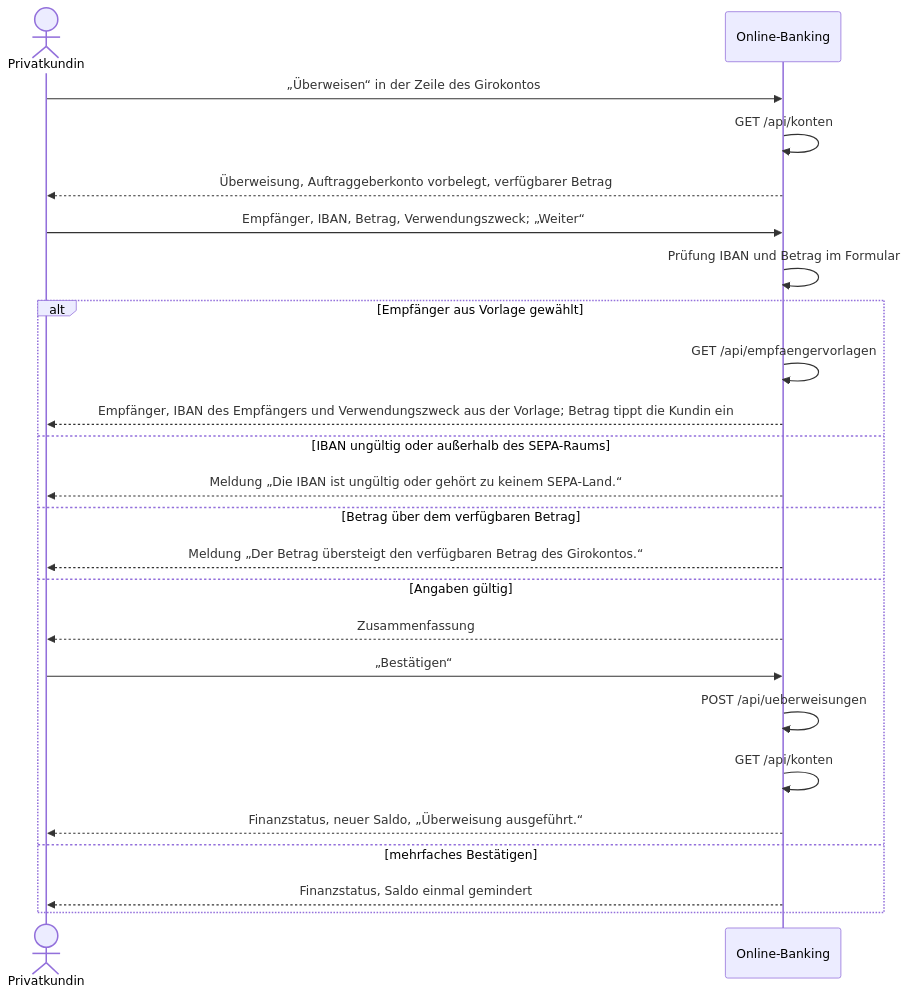
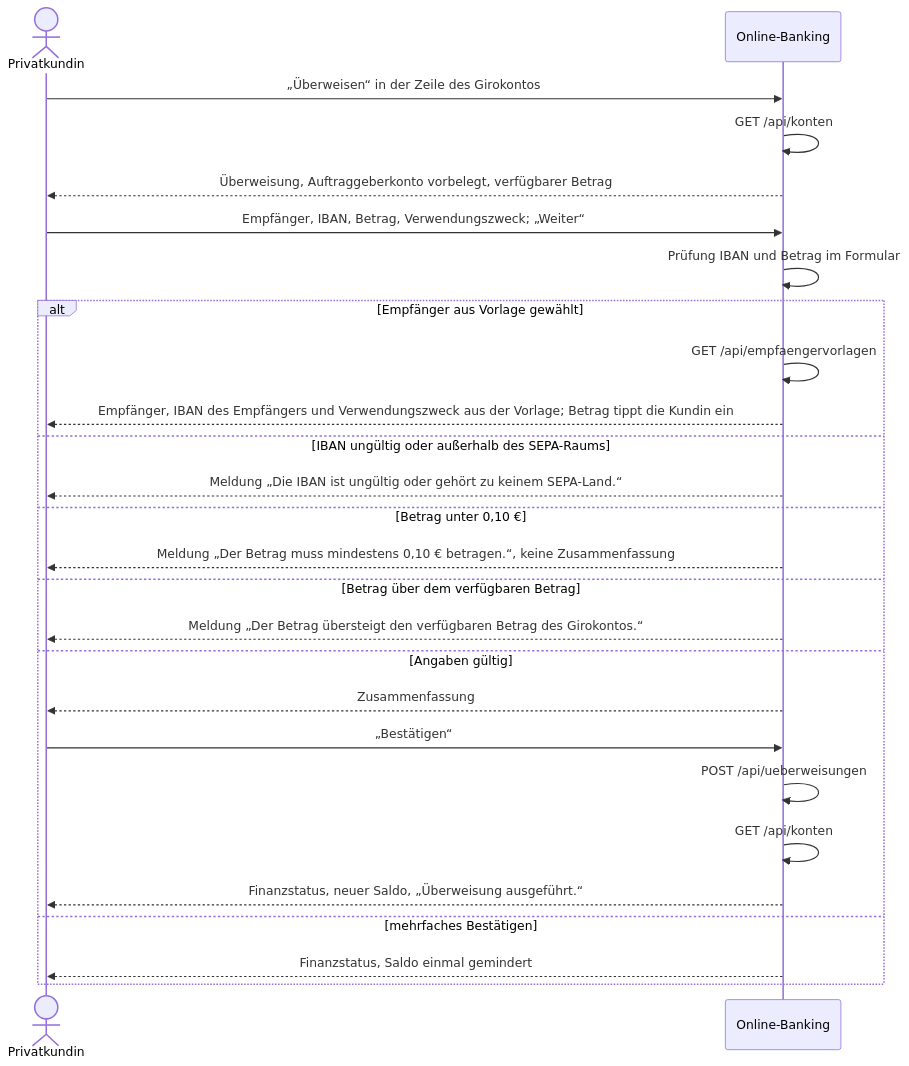
The diagram in docs/use_cases/UC-002-ueberweisung-vom-girokonto.md (dakn85/online-banking), drawn with Mermaid before and after one commit. The commit also changed 1 other file, not shown here.

Commit message:
PK-43: KI-Vorschlag übernommen: UC-002: Sequenzdiagramm um den Betrag unter 0,10 € ergänzen
Story: PK-43

````diff
--- a/docs/use_cases/UC-002-ueberweisung-vom-girokonto.md
+++ b/docs/use_cases/UC-002-ueberweisung-vom-girokonto.md
@@ -103,26 +103,28 @@
 ```mermaid
 sequenceDiagram
     actor kundin as Privatkundin
     participant banking as Online-Banking
     kundin->>banking: „Überweisen“ in der Zeile des Girokontos
     banking->>banking: GET /api/konten
     banking-->>kundin: Überweisung, Auftraggeberkonto vorbelegt, verfügbarer Betrag
     kundin->>banking: Empfänger, IBAN, Betrag, Verwendungszweck#59; „Weiter“
     banking->>banking: Prüfung IBAN und Betrag im Formular
     alt Empfänger aus Vorlage gewählt
         banking->>banking: GET /api/empfaengervorlagen
         banking-->>kundin: Empfänger, IBAN des Empfängers und Verwendungszweck aus der Vorlage#59; Betrag tippt die Kundin ein
     else IBAN ungültig oder außerhalb des SEPA-Raums
         banking-->>kundin: Meldung „Die IBAN ist ungültig oder gehört zu keinem SEPA-Land.“
+    else Betrag unter 0,10 €
+        banking-->>kundin: Meldung „Der Betrag muss mindestens 0,10 € betragen.“, keine Zusammenfassung
     else Betrag über dem verfügbaren Betrag
         banking-->>kundin: Meldung „Der Betrag übersteigt den verfügbaren Betrag des Girokontos.“
     else Angaben gültig
         banking-->>kundin: Zusammenfassung
         kundin->>banking: „Bestätigen“
         banking->>banking: POST /api/ueberweisungen
         banking->>banking: GET /api/konten
         banking-->>kundin: Finanzstatus, neuer Saldo, „Überweisung ausgeführt.“
     else mehrfaches Bestätigen
         banking-->>kundin: Finanzstatus, Saldo einmal gemindert
     end
 ```
````
